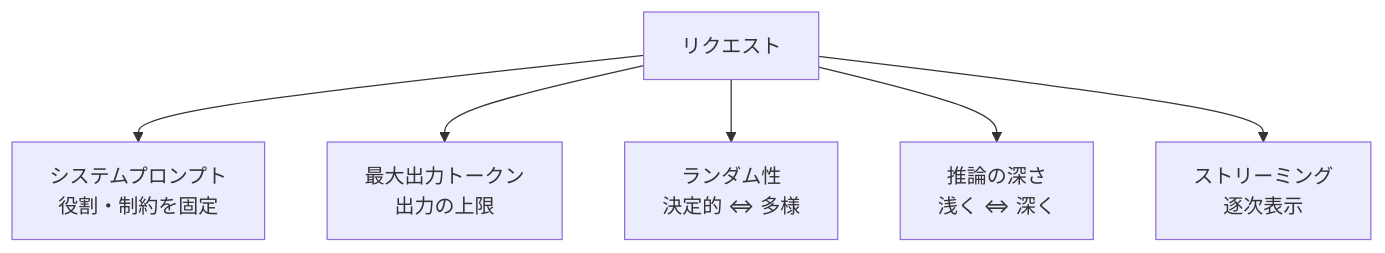
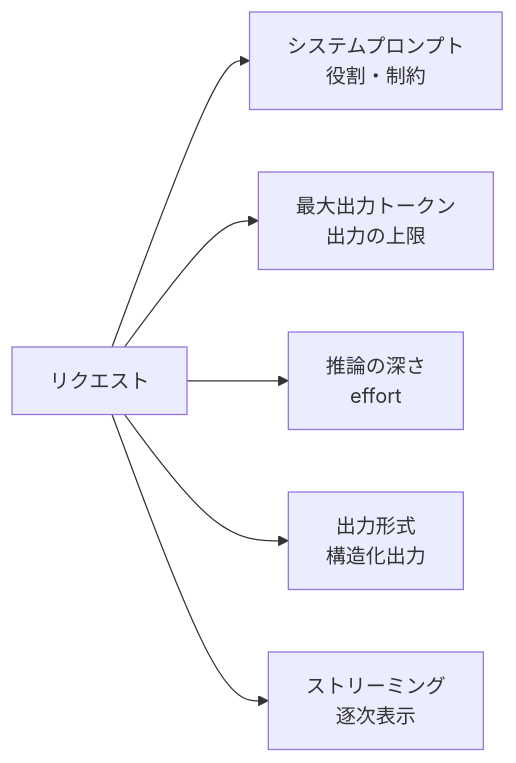
Before and after one commit to mike-sugimoto/ai-tech-notes: the first of 2 diagrams in src/content/docs/llm-basics/generation-controls.md, drawn with Mermaid. The commit also changed other lines of this file and 5 other files, not shown here.

````diff
--- a/src/content/docs/llm-basics/generation-controls.md
+++ b/src/content/docs/llm-basics/generation-controls.md
@@ -13,8 +14,8 @@
 ```mermaid
-flowchart TB
-    REQ[リクエスト] --> SYS[システムプロンプト<br/>役割・制約を固定]
+flowchart LR
+    REQ[リクエスト] --> SYS[システムプロンプト<br/>役割・制約]
     REQ --> MAX[最大出力トークン<br/>出力の上限]
-    REQ --> RND[ランダム性<br/>決定的 ⇔ 多様]
-    REQ --> THINK[推論の深さ<br/>浅く ⇔ 深く]
+    REQ --> THINK[推論の深さ<br/>effort]
+    REQ --> FMT[出力形式<br/>構造化出力]
     REQ --> STREAM[ストリーミング<br/>逐次表示]
 ```
````
